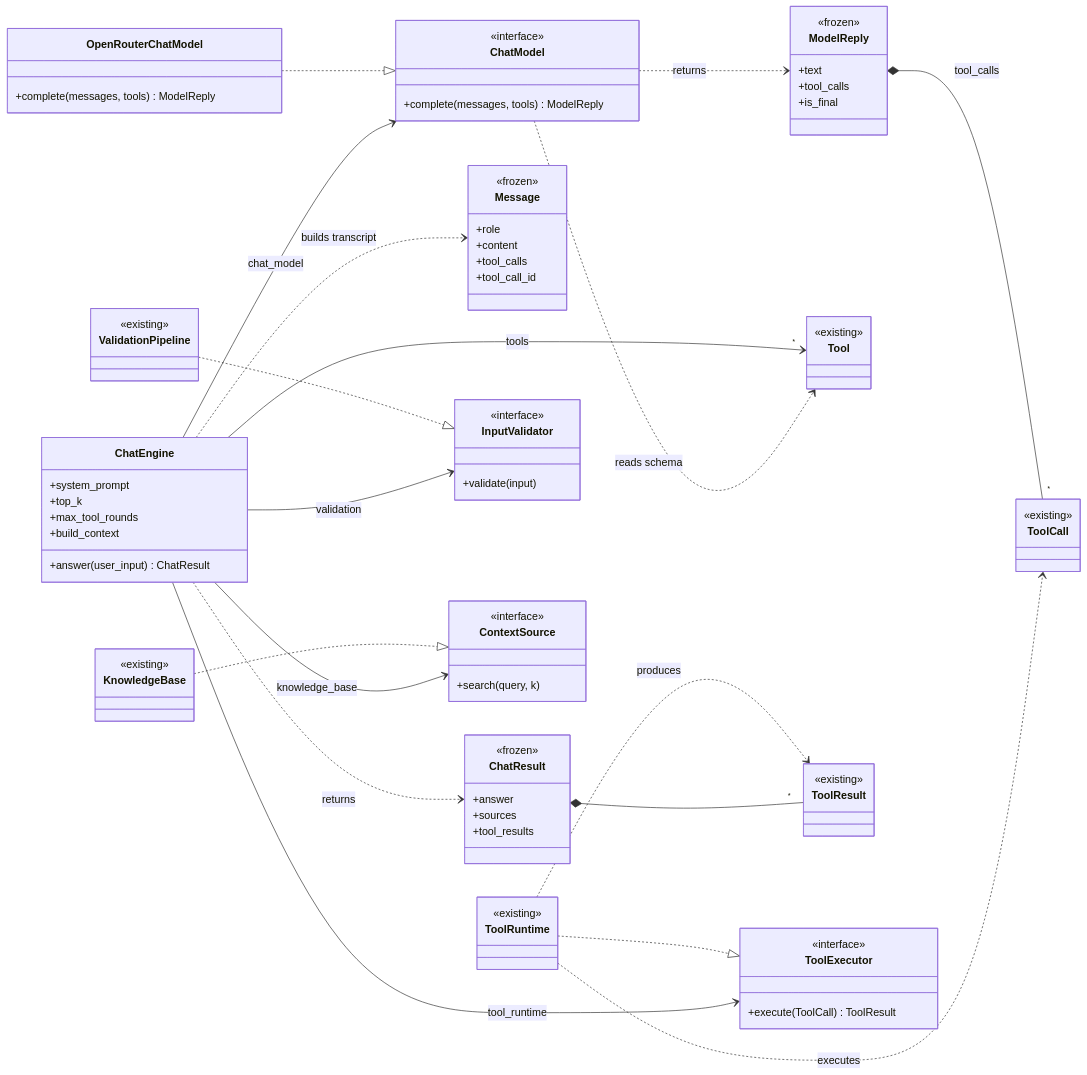
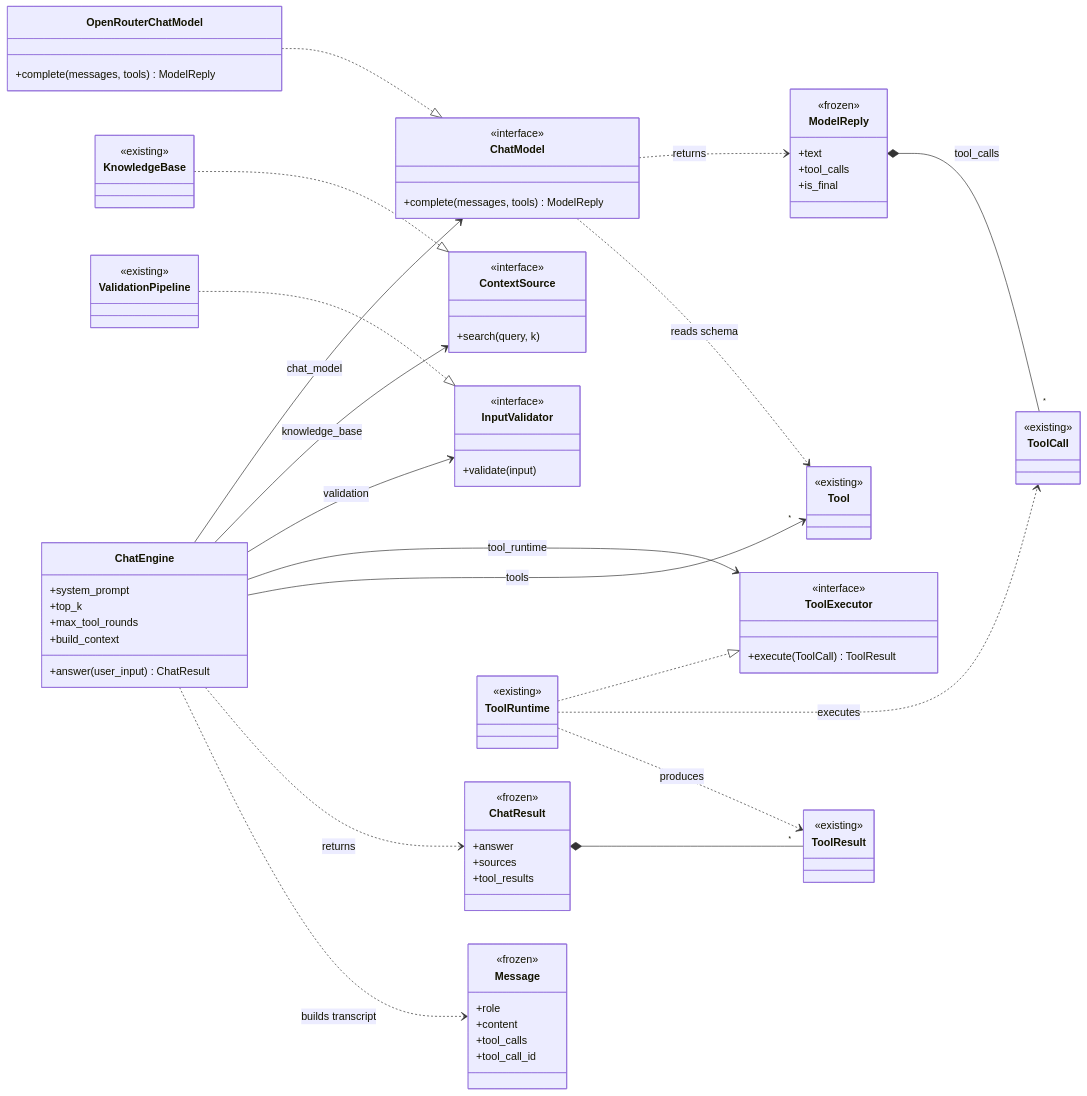
One commit to aschog/cora changed the first of 3 diagrams in docs/plans/chat-engine.md. Above: the diagram before and after it, drawn with Mermaid.

Commit message:
docs: group chat engine classDiagram by role for readability

````diff
--- a/docs/plans/chat-engine.md
+++ b/docs/plans/chat-engine.md
@@ -24,10 +24,41 @@
 ```mermaid
 classDiagram
   direction LR
+
+  %% Orchestrator + its result
+  class ChatEngine {
+    +system_prompt
+    +top_k
+    +max_tool_rounds
+    +build_context
+    +answer(user_input) ChatResult
+  }
+  class ChatResult {
+    <<frozen>>
+    +answer
+    +sources
+    +tool_results
+  }
+
+  %% Ports (client-owned interfaces)
   class ChatModel {
     <<interface>>
     +complete(messages, tools) ModelReply
   }
+  class ContextSource {
+    <<interface>>
+    +search(query, k)
+  }
+  class InputValidator {
+    <<interface>>
+    +validate(input)
+  }
+  class ToolExecutor {
+    <<interface>>
+    +execute(ToolCall) ToolResult
+  }
+
+  %% Value objects
   class Message {
     <<frozen>>
     +role
@@ -41,22 +72,6 @@
     +tool_calls
     +is_final
   }
-  class ChatEngine {
-    +system_prompt
-    +top_k
-    +max_tool_rounds
-    +build_context
-    +answer(user_input) ChatResult
-  }
-  class ChatResult {
-    <<frozen>>
-    +answer
-    +sources
-    +tool_results
-  }
-  class OpenRouterChatModel {
-    +complete(messages, tools) ModelReply
-  }
   class Tool {
     <<existing>>
   }
@@ -66,42 +81,42 @@
   class ToolResult {
     <<existing>>
   }
-  class ToolExecutor {
-    <<interface>>
-    +execute(ToolCall) ToolResult
+
+  %% Adapters + existing implementations
+  class OpenRouterChatModel {
+    +complete(messages, tools) ModelReply
   }
-  class InputValidator {
-    <<interface>>
-    +validate(input)
-  }
-  class ContextSource {
-    <<interface>>
-    +search(query, k)
-  }
-  class ToolRuntime {
+  class KnowledgeBase {
     <<existing>>
   }
   class ValidationPipeline {
     <<existing>>
   }
-  class KnowledgeBase {
+  class ToolRuntime {
     <<existing>>
   }
 
+  %% Realizations (implementation ..|> port)
   OpenRouterChatModel ..|> ChatModel
   KnowledgeBase ..|> ContextSource
   ValidationPipeline ..|> InputValidator
   ToolRuntime ..|> ToolExecutor
+
+  %% ChatEngine collaborators
   ChatEngine --> ChatModel : chat_model
   ChatEngine --> ContextSource : knowledge_base
   ChatEngine --> InputValidator : validation
   ChatEngine --> ToolExecutor : tool_runtime
+  ChatEngine --> "*" Tool : tools
   ChatEngine ..> ChatResult : returns
   ChatEngine ..> Message : builds transcript
-  ChatEngine --> "*" Tool : tools
+
+  %% Port <-> value objects
   ChatModel ..> ModelReply : returns
   ChatModel ..> Tool : reads schema
   ModelReply *-- "*" ToolCall : tool_calls
+
+  %% Tool execution
   ToolRuntime ..> ToolCall : executes
   ToolRuntime ..> ToolResult : produces
   ChatResult *-- "*" ToolResult
````
